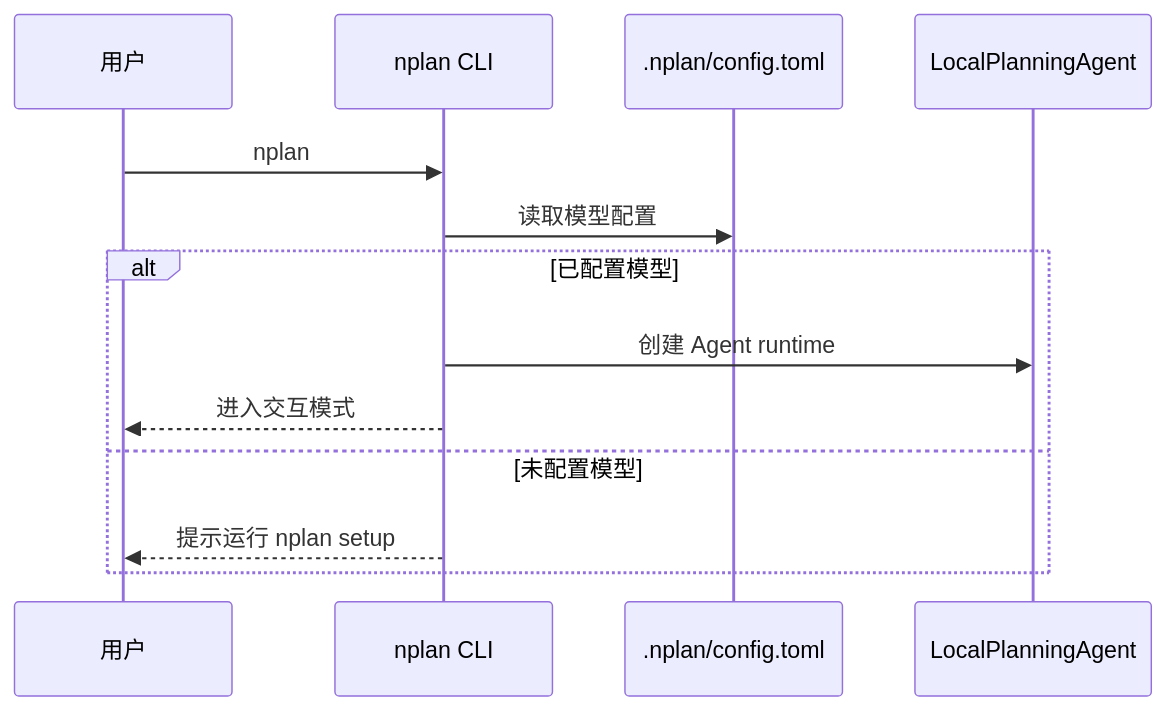
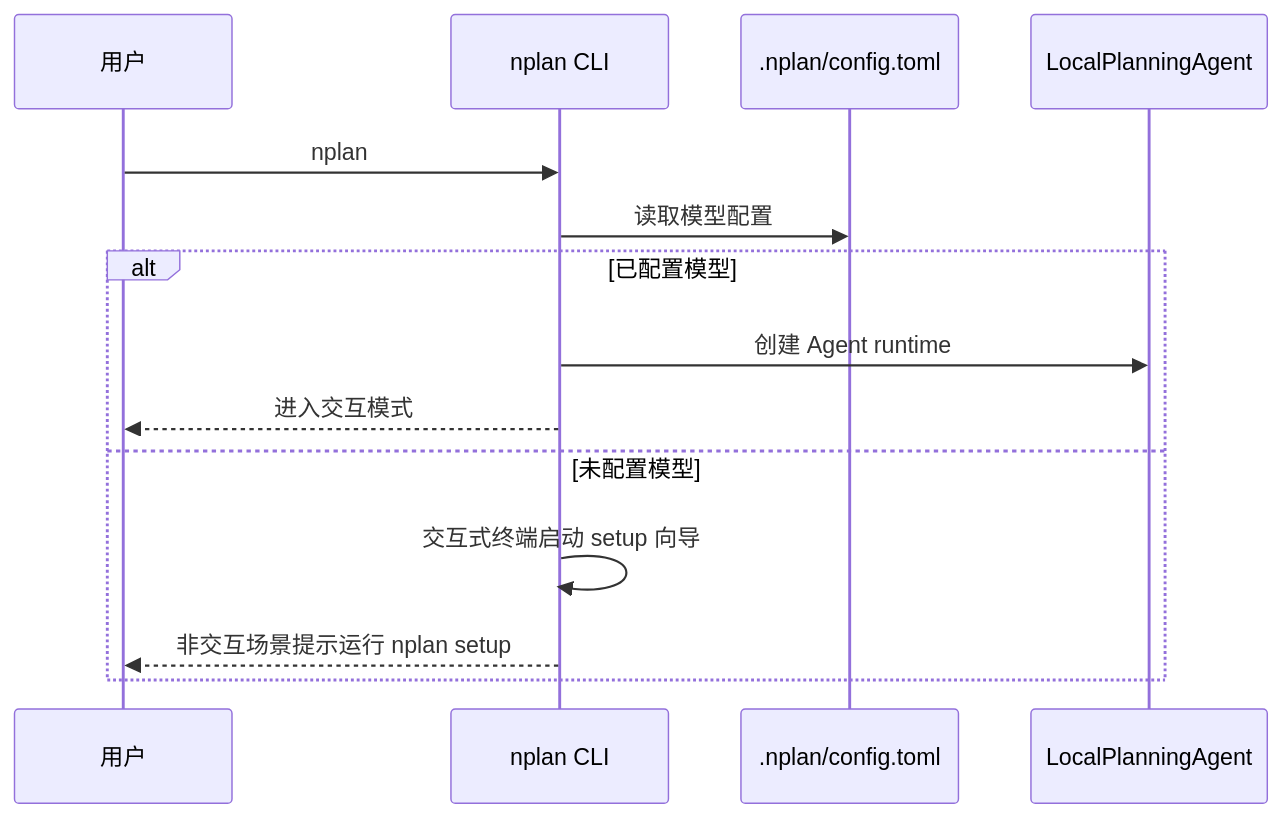
The second of 4 diagrams in docs/nplan_process_task_obsidian.md (xqct0001/nplan), drawn with Mermaid before and after one commit. The commit also changed other lines of this file and 7 other files, not shown here.

Commit message:
Finalize first-run CLI setup flow

````diff
--- a/docs/nplan_process_task_obsidian.md
+++ b/docs/nplan_process_task_obsidian.md
@@ -89,16 +91,17 @@
 ```mermaid
 sequenceDiagram
   participant U as 用户
   participant C as nplan CLI
   participant F as .nplan/config.toml
   participant A as LocalPlanningAgent
 
   U->>C: nplan
   C->>F: 读取模型配置
   alt 已配置模型
     C->>A: 创建 Agent runtime
     C-->>U: 进入交互模式
   else 未配置模型
-    C-->>U: 提示运行 nplan setup
+    C->>C: 交互式终端启动 setup 向导
+    C-->>U: 非交互场景提示运行 nplan setup
   end
 ```
````
